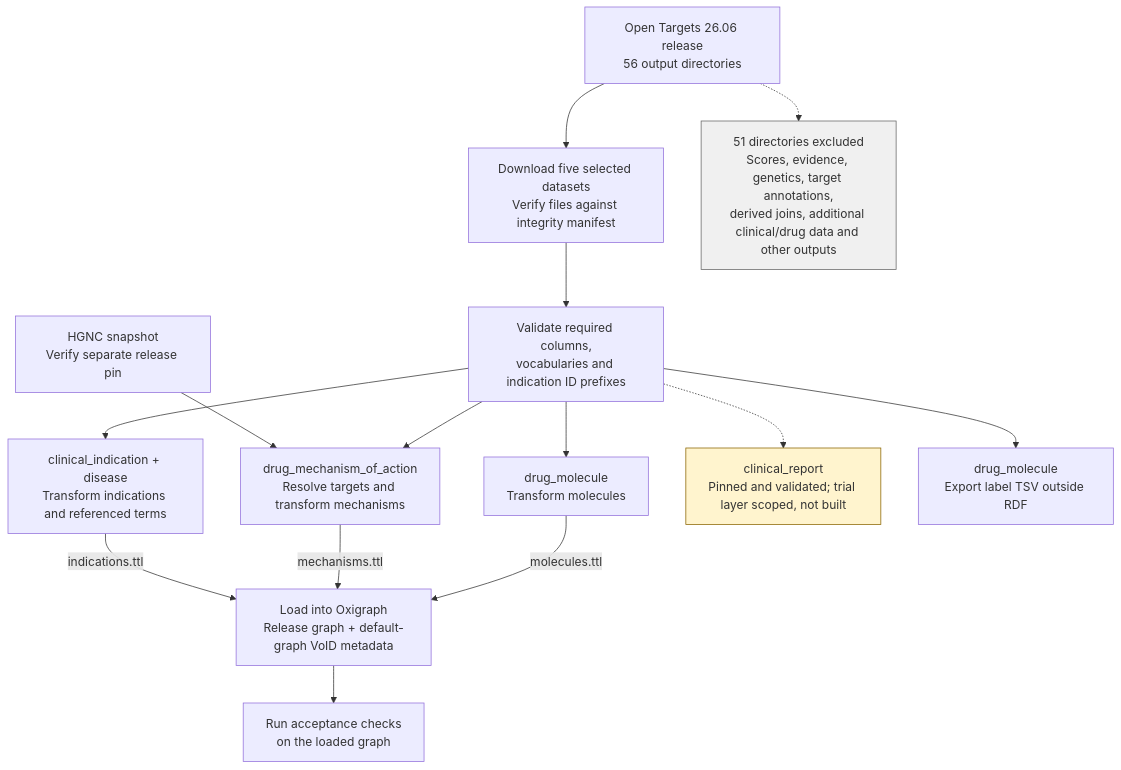
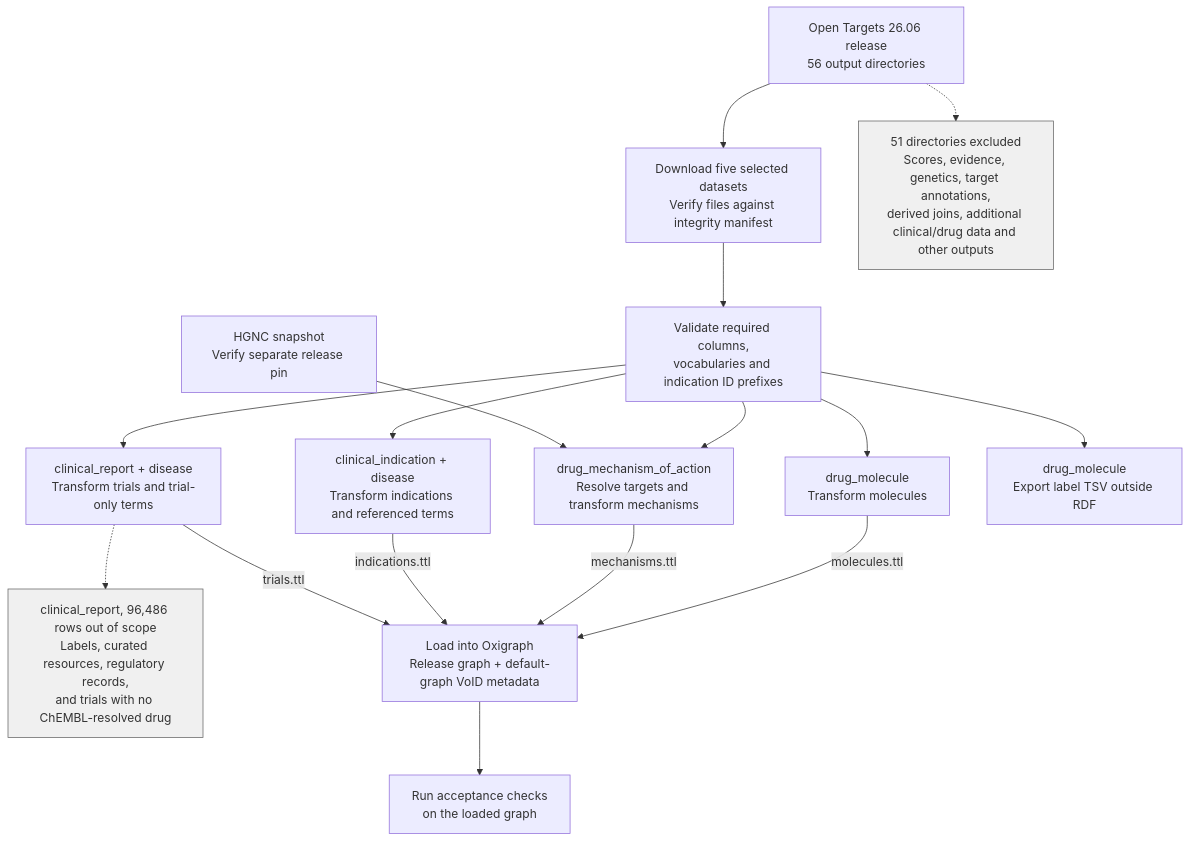
Before and after one commit to Sage-Bionetworks/sagebrain-tap: the diagram in opentargets/DESIGN.md, drawn with Mermaid. The commit also changed other lines of this file and 16 other files, not shown here.

````diff
--- a/opentargets/DESIGN.md
+++ b/opentargets/DESIGN.md
@@ -73,35 +76,37 @@
 ```mermaid
 flowchart TD
     release["Open Targets 26.06 release<br/>56 output directories"]
     selected["Download five selected datasets<br/>Verify files against integrity manifest"]
     gate["Validate required columns,<br/>vocabularies and indication ID prefixes"]
     omitted["51 directories excluded<br/>Scores, evidence, genetics, target annotations,<br/>derived joins, additional clinical/drug data and other outputs"]
 
     release --> selected --> gate
     release -.-> omitted
 
     molecules["drug_molecule<br/>Transform molecules"]
     mechanisms["drug_mechanism_of_action<br/>Resolve targets and transform mechanisms"]
     indications["clinical_indication + disease<br/>Transform indications and referenced terms"]
-    reports["clinical_report<br/>Pinned and validated; trial layer scoped, not built"]
+    trials["clinical_report + disease<br/>Transform trials and trial-only terms"]
+    dropped["clinical_report, 96,486 rows out of scope<br/>Labels, curated resources, regulatory records,<br/>and trials with no ChEMBL-resolved drug"]
     hgnc["HGNC snapshot<br/>Verify separate release pin"]
     labels["drug_molecule<br/>Export label TSV outside RDF"]
 
     gate --> molecules
     gate --> mechanisms
     gate --> indications
+    gate --> trials
     gate --> labels
-    gate -.-> reports
+    trials -.-> dropped
     hgnc --> mechanisms
 
     load["Load into Oxigraph<br/>Release graph + default-graph VoID metadata"]
     molecules -->|molecules.ttl| load
     mechanisms -->|mechanisms.ttl| load
     indications -->|indications.ttl| load
+    trials -->|trials.ttl| load
     load --> checks["Run acceptance checks<br/>on the loaded graph"]
 
-    classDef deferred fill:#fff4ce,stroke:#8a6500,color:#333;
     classDef excluded fill:#f0f0f0,stroke:#666,color:#333;
-    class reports deferred;
     class omitted excluded;
+    class dropped excluded;
 ```
````
